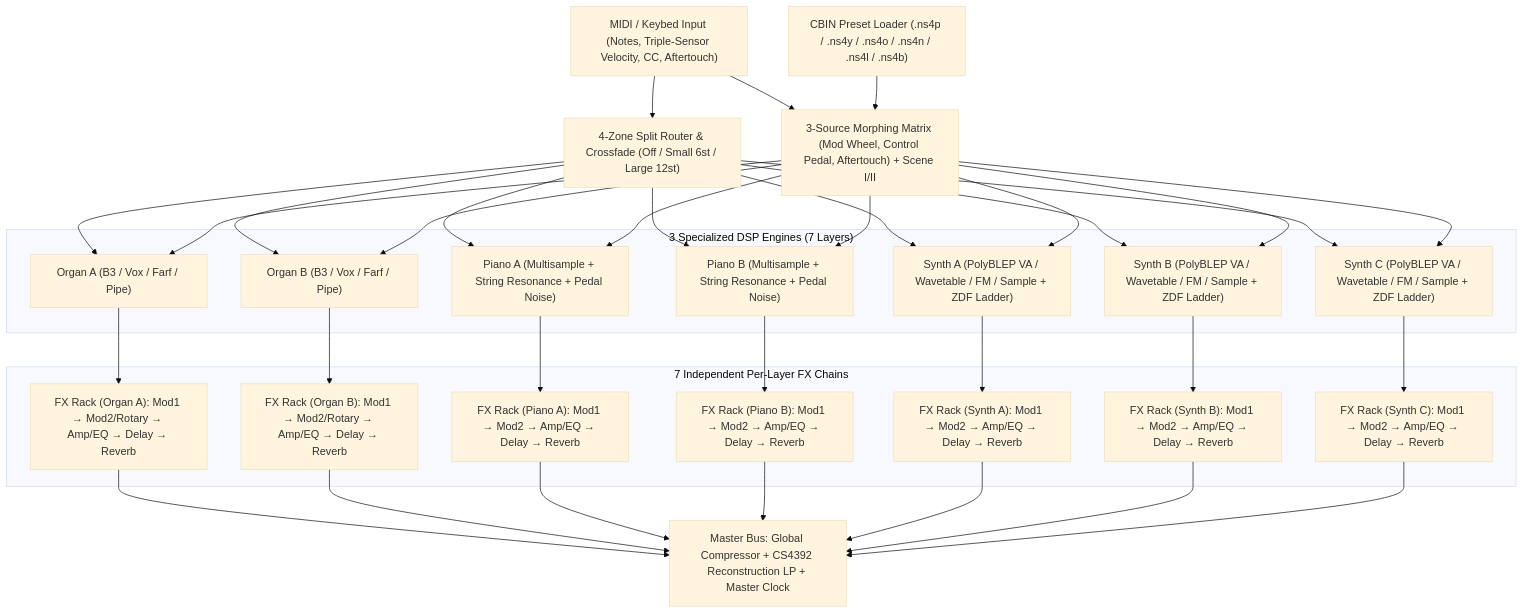
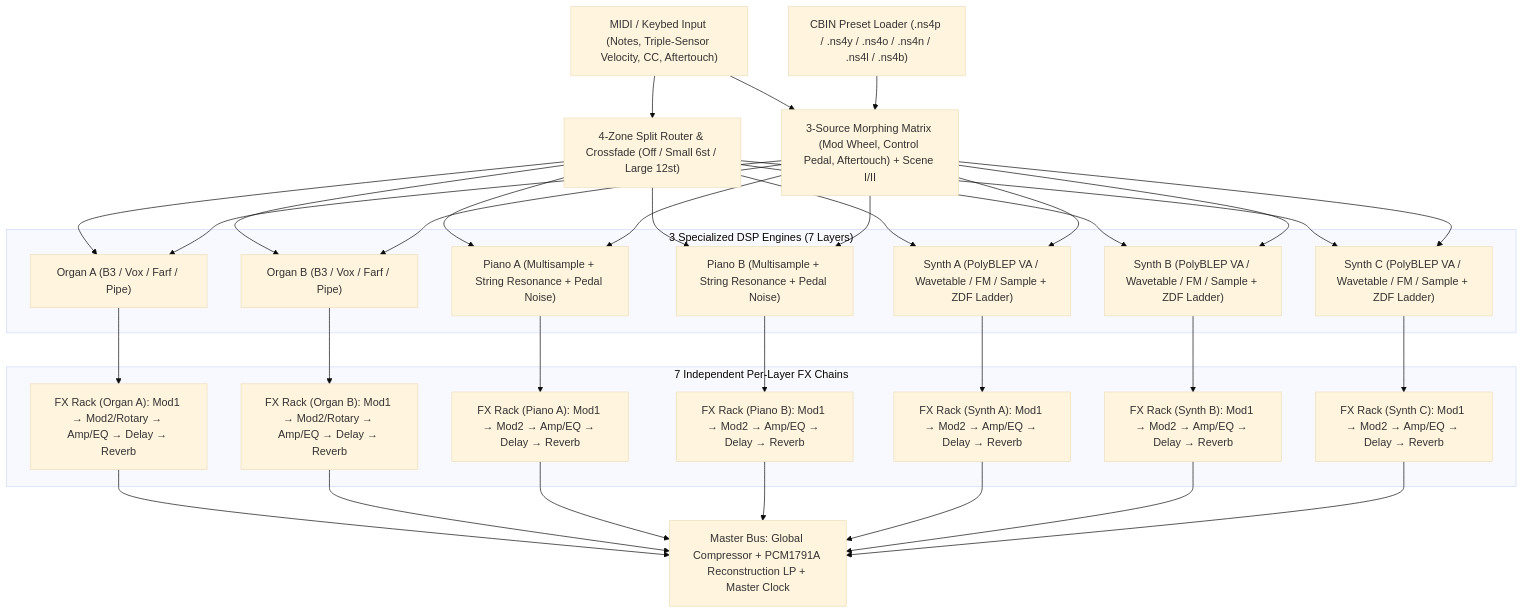
One commit to ymatrix1/nord-stage-4-emulator changed the diagram in docs/ARCHITECTURE.md. Above: the diagram before and after it, drawn with Mermaid (base theme). The commit also changed 6 other files, not shown here.

Commit message:
feat(hardware): document physical BOM, PCM1791A DAC, 48kHz clock and triple-sensor architecture

````diff
--- a/docs/ARCHITECTURE.md
+++ b/docs/ARCHITECTURE.md
@@ -9,44 +9,44 @@
 ```mermaid
 flowchart TD
     MIDI["MIDI / Keybed Input (Notes, Triple-Sensor Velocity, CC, Aftertouch)"]
     Zones["4-Zone Split Router & Crossfade (Off / Small 6st / Large 12st)"]
     Morph["3-Source Morphing Matrix (Mod Wheel, Control Pedal, Aftertouch) + Scene I/II"]
     CBIN["CBIN Preset Loader (.ns4p / .ns4y / .ns4o / .ns4n / .ns4l / .ns4b)"]
 
     MIDI --> Zones
     MIDI --> Morph
     CBIN --> Morph
 
     subgraph Engines["3 Specialized DSP Engines (7 Layers)"]
         OrgA["Organ A (B3 / Vox / Farf / Pipe)"]
         OrgB["Organ B (B3 / Vox / Farf / Pipe)"]
         PnoA["Piano A (Multisample + String Resonance + Pedal Noise)"]
         PnoB["Piano B (Multisample + String Resonance + Pedal Noise)"]
         SynA["Synth A (PolyBLEP VA / Wavetable / FM / Sample + ZDF Ladder)"]
         SynB["Synth B (PolyBLEP VA / Wavetable / FM / Sample + ZDF Ladder)"]
         SynC["Synth C (PolyBLEP VA / Wavetable / FM / Sample + ZDF Ladder)"]
     end
 
     Zones --> OrgA & OrgB & PnoA & PnoB & SynA & SynB & SynC
     Morph --> OrgA & OrgB & PnoA & PnoB & SynA & SynB & SynC
 
     subgraph FX["7 Independent Per-Layer FX Chains"]
         FX_OA["FX Rack (Organ A): Mod1 → Mod2/Rotary → Amp/EQ → Delay → Reverb"]
         FX_OB["FX Rack (Organ B): Mod1 → Mod2/Rotary → Amp/EQ → Delay → Reverb"]
         FX_PA["FX Rack (Piano A): Mod1 → Mod2 → Amp/EQ → Delay → Reverb"]
         FX_PB["FX Rack (Piano B): Mod1 → Mod2 → Amp/EQ → Delay → Reverb"]
         FX_SA["FX Rack (Synth A): Mod1 → Mod2 → Amp/EQ → Delay → Reverb"]
         FX_SB["FX Rack (Synth B): Mod1 → Mod2 → Amp/EQ → Delay → Reverb"]
         FX_SC["FX Rack (Synth C): Mod1 → Mod2 → Amp/EQ → Delay → Reverb"]
     end
 
     OrgA --> FX_OA
     OrgB --> FX_OB
     PnoA --> FX_PA
     PnoB --> FX_PB
     SynA --> FX_SA
     SynB --> FX_SB
     SynC --> FX_SC
 
-    FX_OA & FX_OB & FX_PA & FX_PB & FX_SA & FX_SB & FX_SC --> Master["Master Bus: Global Compressor + CS4392 Reconstruction LP + Master Clock"]
+    FX_OA & FX_OB & FX_PA & FX_PB & FX_SA & FX_SB & FX_SC --> Master["Master Bus: Global Compressor + PCM1791A Reconstruction LP + Master Clock"]
 ```
````
